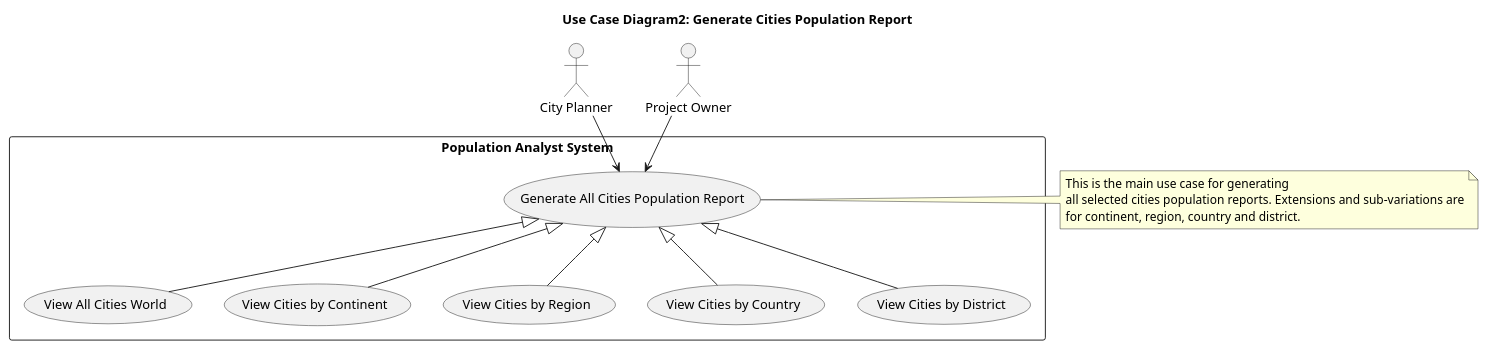
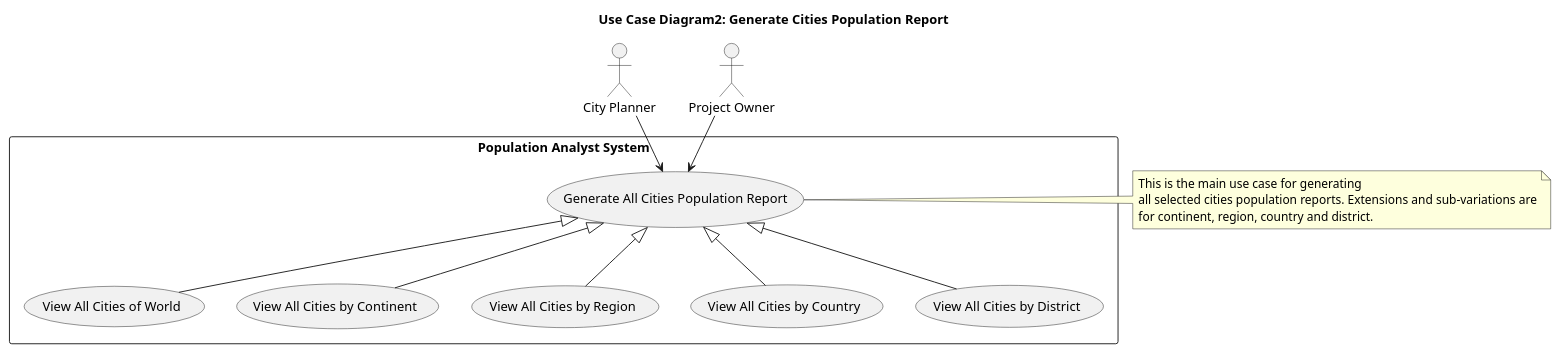
Before and after one commit to MoeMyintThawDevOps/sem: the diagram in src/main/java/com/napier/sem/usecase2.puml, drawn with PlantUML. The commit also changed 2 other files, not shown here.

```diff
--- a/src/main/java/com/napier/sem/usecase2.puml
+++ b/src/main/java/com/napier/sem/usecase2.puml
@@ -1,33 +1,33 @@
 @startuml
 title Use Case Diagram2: Generate Cities Population Report
 
 actor "City Planner" as Planner
 actor "Project Owner" as Owner
 
 rectangle "Population Analyst System" {
 
     usecase "Generate All Cities Population Report" as UC_Main
 
-    usecase "View All Cities World" as UC_World
-    usecase "View Cities by Continent" as UC_Continent
-    usecase "View Cities by Region" as UC_Region
-    usecase "View Cities by Country" as UC_Country
-    usecase "View Cities by District" as UC_District
+    usecase "View All Cities of World" as UC_World
+    usecase "View All Cities by Continent" as UC_Continent
+    usecase "View All Cities by Region" as UC_Region
+    usecase "View All Cities by Country" as UC_Country
+    usecase "View All Cities by District" as UC_District
 }
 
 Owner --> UC_Main
 Planner --> UC_Main
 
 UC_Main <|-- UC_World
 UC_Main <|-- UC_Continent
 UC_Main <|-- UC_Region
 UC_Main <|-- UC_Country
 UC_Main <|-- UC_District
 
 note right of UC_Main
 This is the main use case for generating
 all selected cities population reports. Extensions and sub-variations are
 for continent, region, country and district.
 end note
 
 @enduml
```
